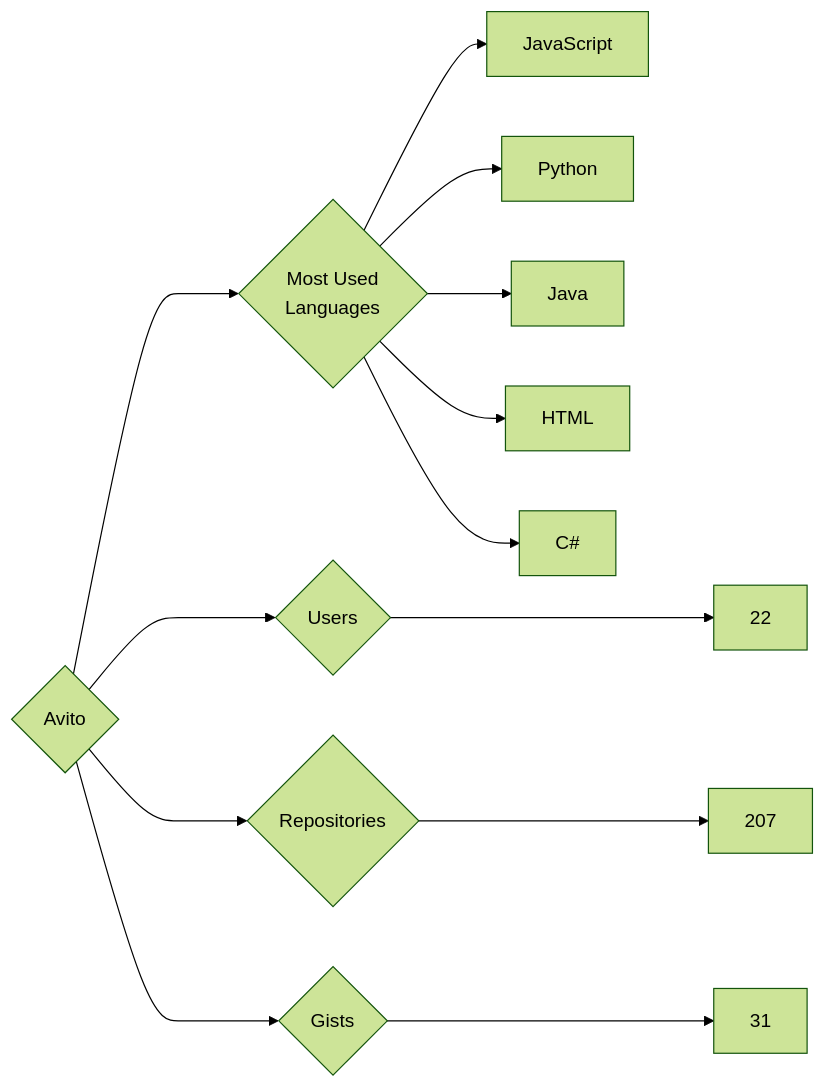
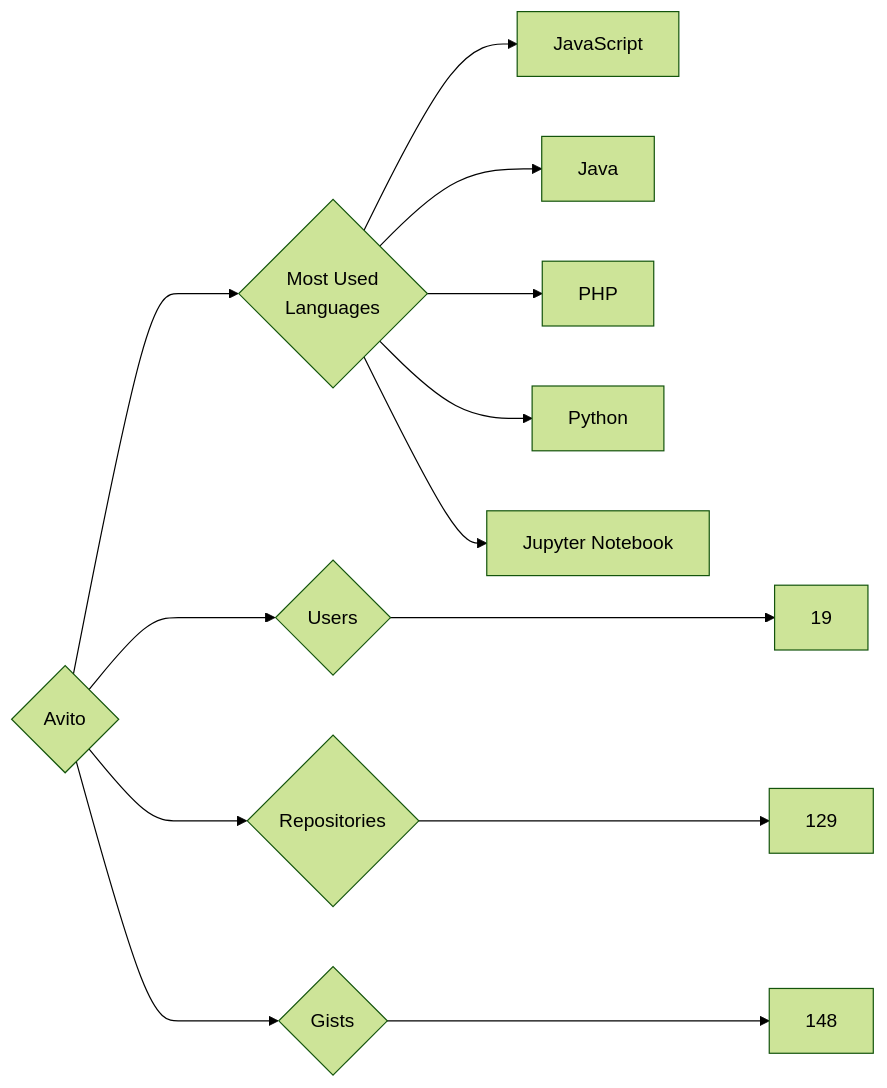
The diagram in targets/Avito/README.md (trickest/insiders), drawn with Mermaid (forest theme) before and after one commit. The commit also changed 681 other files, not shown here.

````diff
--- a/targets/Avito/README.md
+++ b/targets/Avito/README.md
@@ -3,13 +3,13 @@
 ```mermaid
 graph LR
 COMPANY_NAME{Avito}
-COMPANY_NAME ---> U{Users} ---> UN[22]
-COMPANY_NAME ---> R{Repositories} ---> RN[207]
-COMPANY_NAME ---> G{Gists} ---> GN[31]
+COMPANY_NAME ---> U{Users} ---> UN[19]
+COMPANY_NAME ---> R{Repositories} ---> RN[129]
+COMPANY_NAME ---> G{Gists} ---> GN[148]
 COMPANY_NAME ---> ML{Most Used<br>Languages}
 ML --> JavaScript[JavaScript]
+ML --> Java[Java]
+ML --> PHP[PHP]
 ML --> Python[Python]
-ML --> Java[Java]
-ML --> HTML[HTML]
-ML --> C#[C#]
+ML --> Jupyter_Notebook[Jupyter Notebook]
 ```
````
